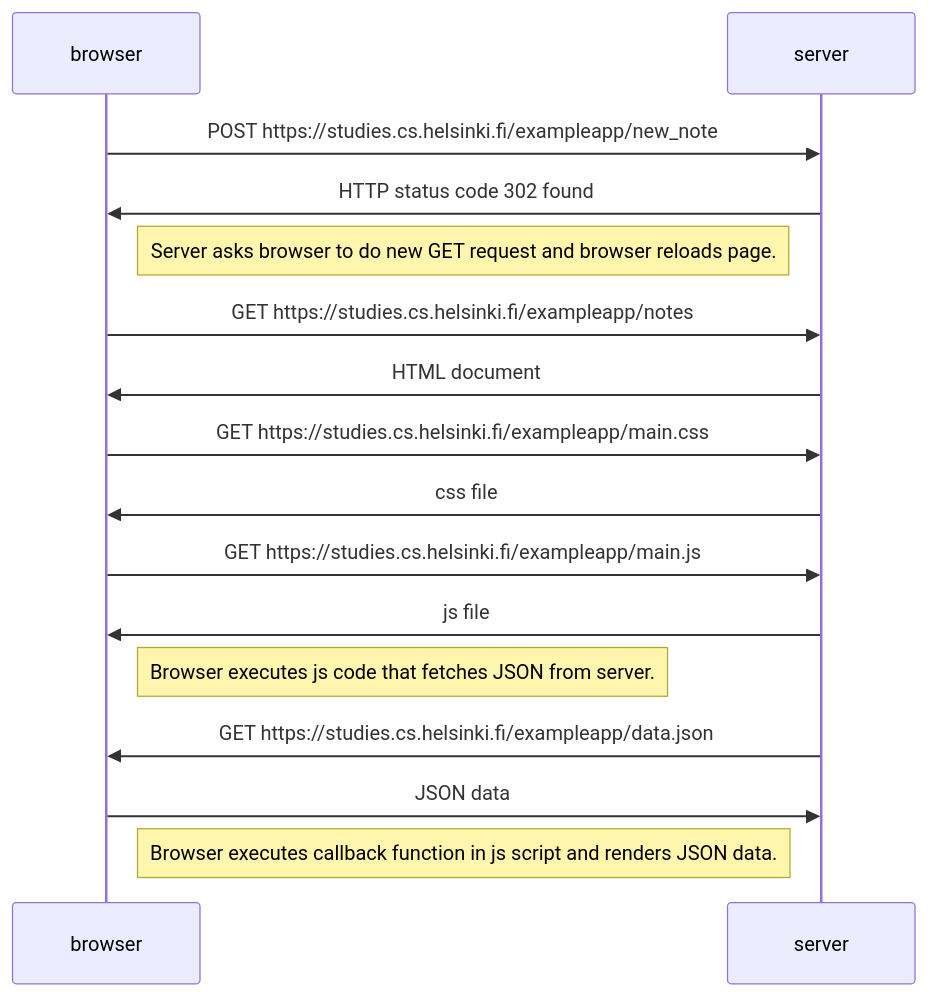
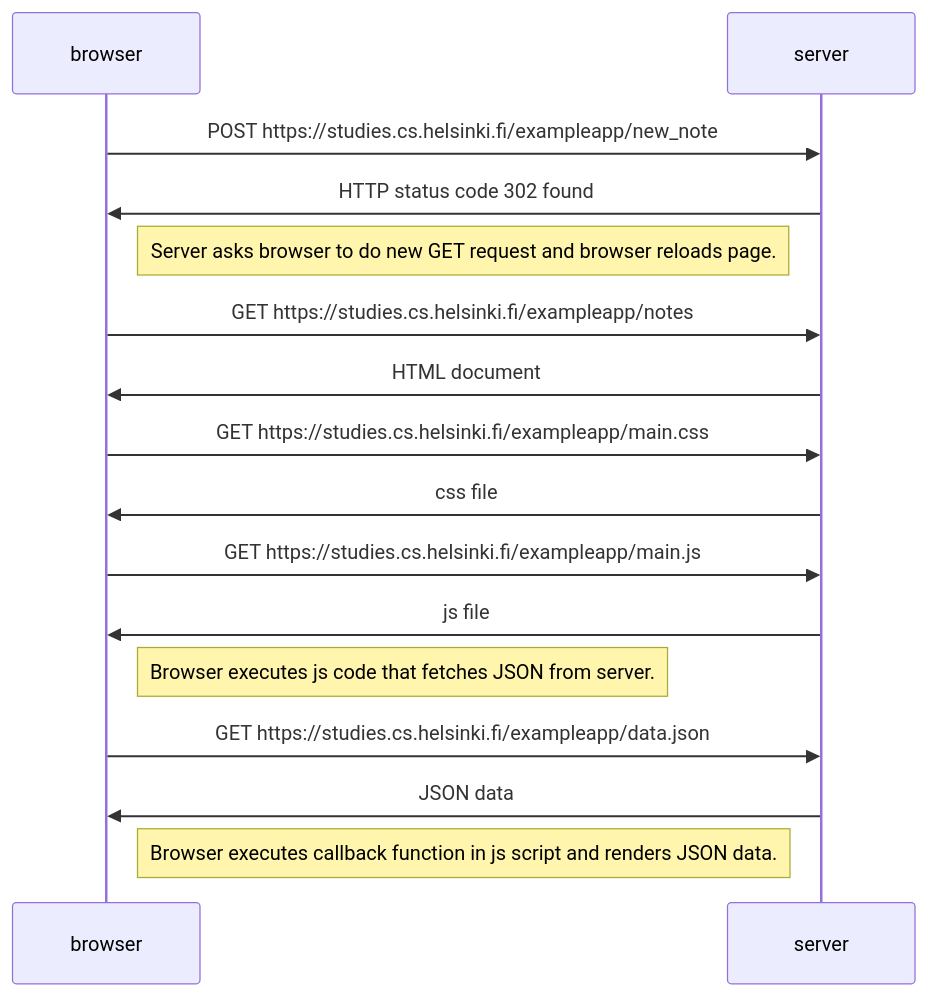
The diagram in part_0/ex_4.md (adam-herrala-bricker/fullstack), drawn with Mermaid before and after one commit.

Commit message:
fixed arrow directions

````diff
--- a/part_0/ex_4.md
+++ b/part_0/ex_4.md
@@ -1,16 +1,16 @@
 ```mermaid
 sequenceDiagram 
     browser->>server: POST https://studies.cs.helsinki.fi/exampleapp/new_note
     server->>browser: HTTP status code 302 found
     Note right of browser: Server asks browser to do new GET request and browser reloads page.
     browser->>server: GET https://studies.cs.helsinki.fi/exampleapp/notes
     server->>browser: HTML document
     browser->>server: GET https://studies.cs.helsinki.fi/exampleapp/main.css
     server->>browser: css file
     browser->>server: GET https://studies.cs.helsinki.fi/exampleapp/main.js
     server->>browser: js file
     Note right of browser: Browser executes js code that fetches JSON from server.
-    server->>browser: GET https://studies.cs.helsinki.fi/exampleapp/data.json
-    browser->>server: JSON data
+    browser->>server: GET https://studies.cs.helsinki.fi/exampleapp/data.json
+    server->>browser: JSON data
     Note right of browser: Browser executes callback function in js script and renders JSON data.
 ```
````
